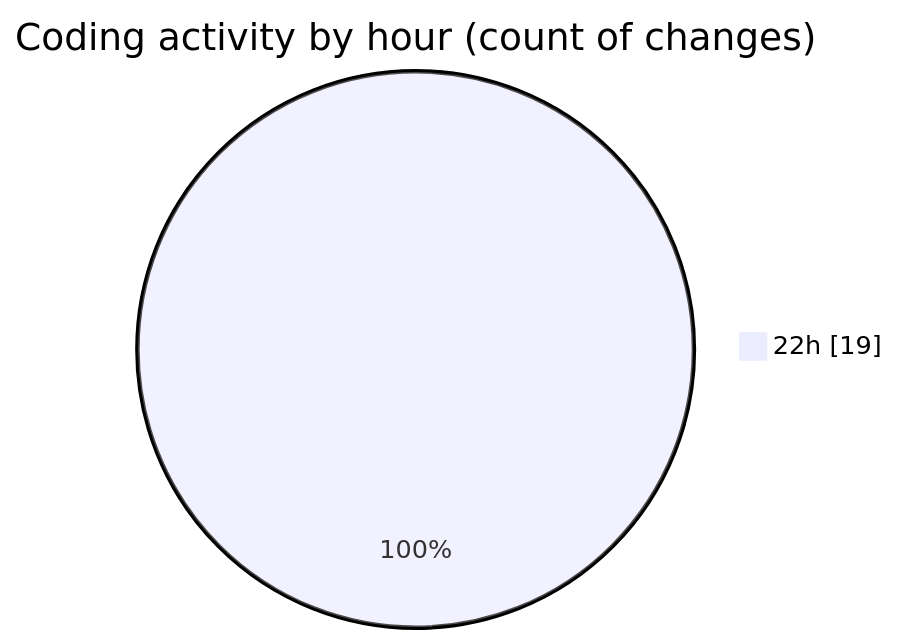
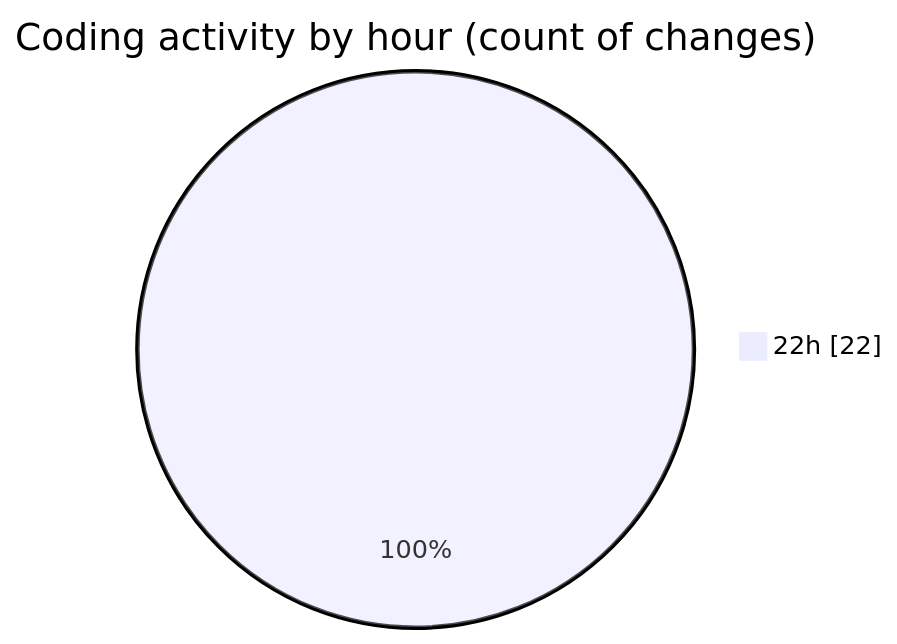
The second of 2 diagrams in 2025-03-26/myws__workspace_/README.md (MatusMokan/code-tracking), drawn with Mermaid before and after one commit. The commit also changed other lines of this file and 1 other file, not shown here.

````diff
--- a/2025-03-26/myws__workspace_/README.md
+++ b/2025-03-26/myws__workspace_/README.md
@@ -28,5 +28,5 @@
 ```mermaid
 pie showData
 title Coding activity by hour (count of changes)
-"22h" : 19
+"22h" : 22
 ```
````
